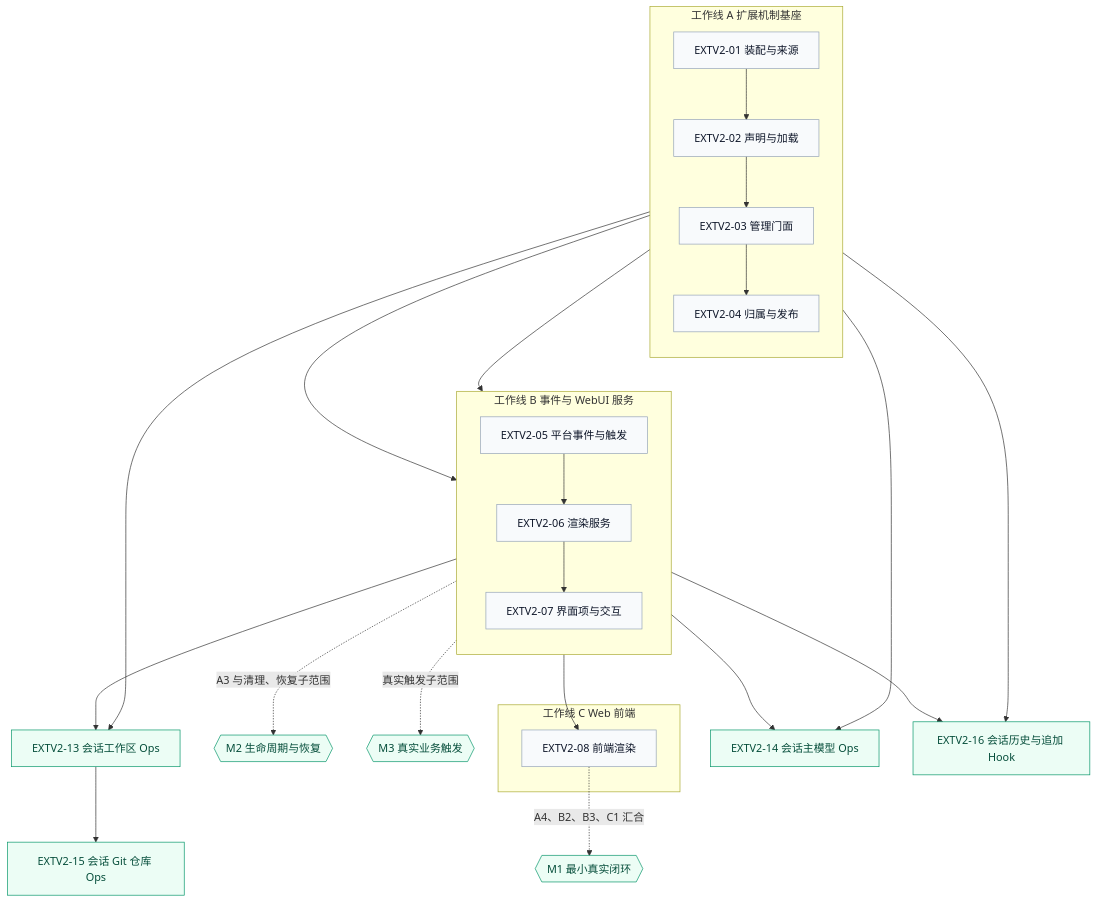
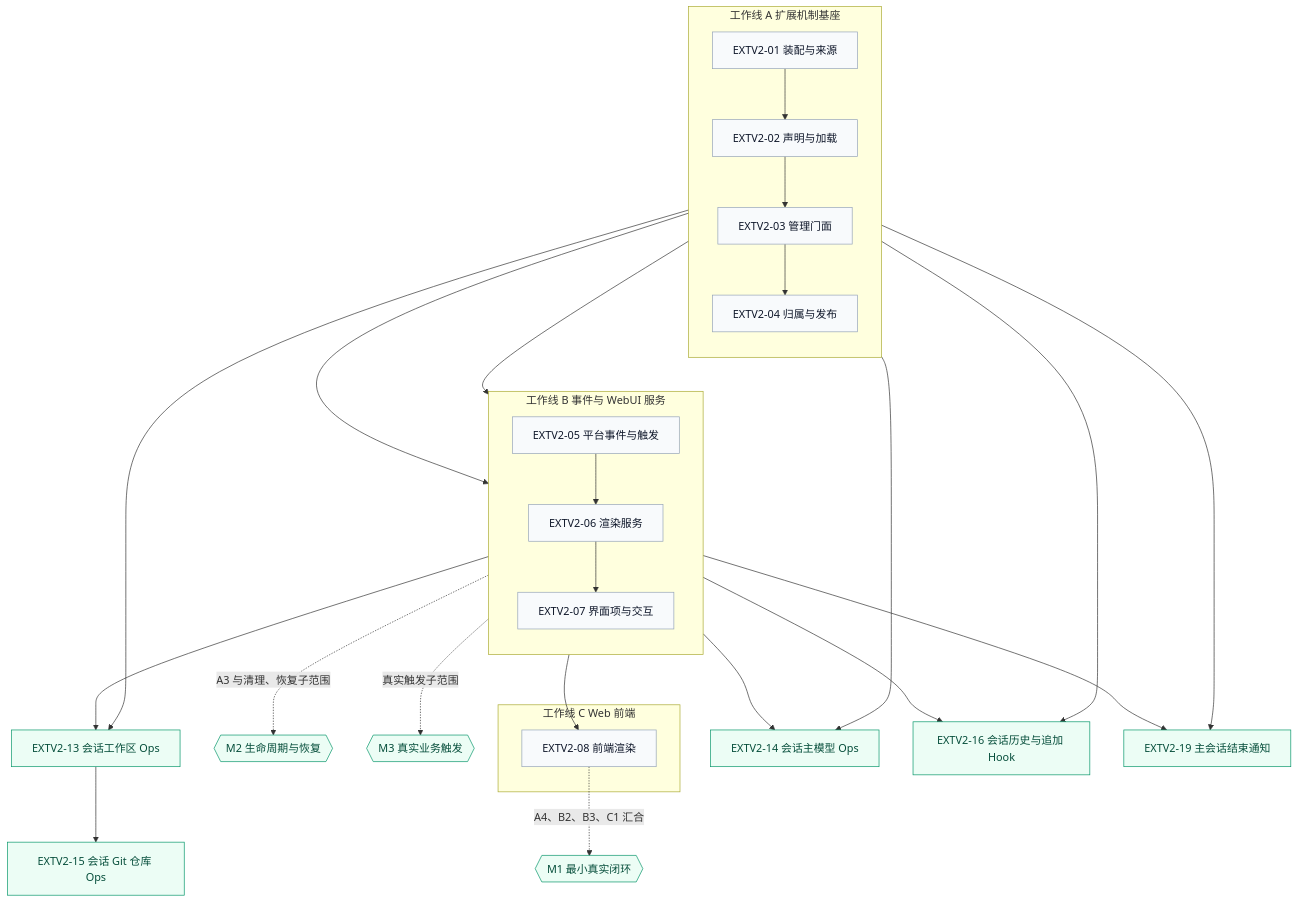
The first of 2 diagrams in jiuwenswarm/extensions_v2/docs/designs/extensions-v2-development-plan.md (openJiuwen-ai/jiuwenswarm), drawn with Mermaid before and after one commit. The commit also changed other lines of this file and 14 other files, not shown here.

````diff
--- a/jiuwenswarm/extensions_v2/docs/designs/extensions-v2-development-plan.md
+++ b/jiuwenswarm/extensions_v2/docs/designs/extensions-v2-development-plan.md
@@ -357,46 +365,48 @@
 ```mermaid
 flowchart TB
     subgraph WA["工作线 A 扩展机制基座"]
         direction TB
         A1["EXTV2-01 装配与来源"] --> A2["EXTV2-02 声明与加载"]
         A2 --> A3["EXTV2-03 管理门面"]
         A3 --> A4["EXTV2-04 归属与发布"]
     end
 
     subgraph WB["工作线 B 事件与 WebUI 服务"]
         direction TB
         B1["EXTV2-05 平台事件与触发"] --> B2["EXTV2-06 渲染服务"]
         B2 --> B3["EXTV2-07 界面项与交互"]
     end
 
     subgraph WC["工作线 C Web 前端"]
         C1["EXTV2-08 前端渲染"]
     end
 
     M1{{"M1 最小真实闭环"}}
     M2{{"M2 生命周期与恢复"}}
     M3{{"M3 真实业务触发"}}
 
     WA ~~~ WB
     WB ~~~ WC
 
     A1 --> B1
     A1 --> S13["EXTV2-13 会话工作区 Ops"]
     B1 --> S13
     A1 --> S14["EXTV2-14 会话主模型 Ops"]
     B1 --> S14
     S13 --> S15["EXTV2-15 会话 Git 仓库 Ops"]
     A1 --> S16["EXTV2-16 会话历史与追加 Hook"]
     B1 --> S16
+    A3 --> S19["EXTV2-19 主会话结束通知"]
+    B1 --> S19
     A4 --> B3
     B3 --> C1
 
     C1 -.->|"A4、B2、B3、C1 汇合"| M1
     B3 -.->|"A3 与清理、恢复子范围"| M2
     B1 -.->|"真实触发子范围"| M3
 
     classDef item fill:#f8fafc,stroke:#94a3b8,color:#0f172a;
     classDef node fill:#ecfdf5,stroke:#059669,color:#064e3b;
     class A1,A2,A3,A4,B1,B2,B3,C1 item;
     class M1,M2,M3 node;
 ```
````
